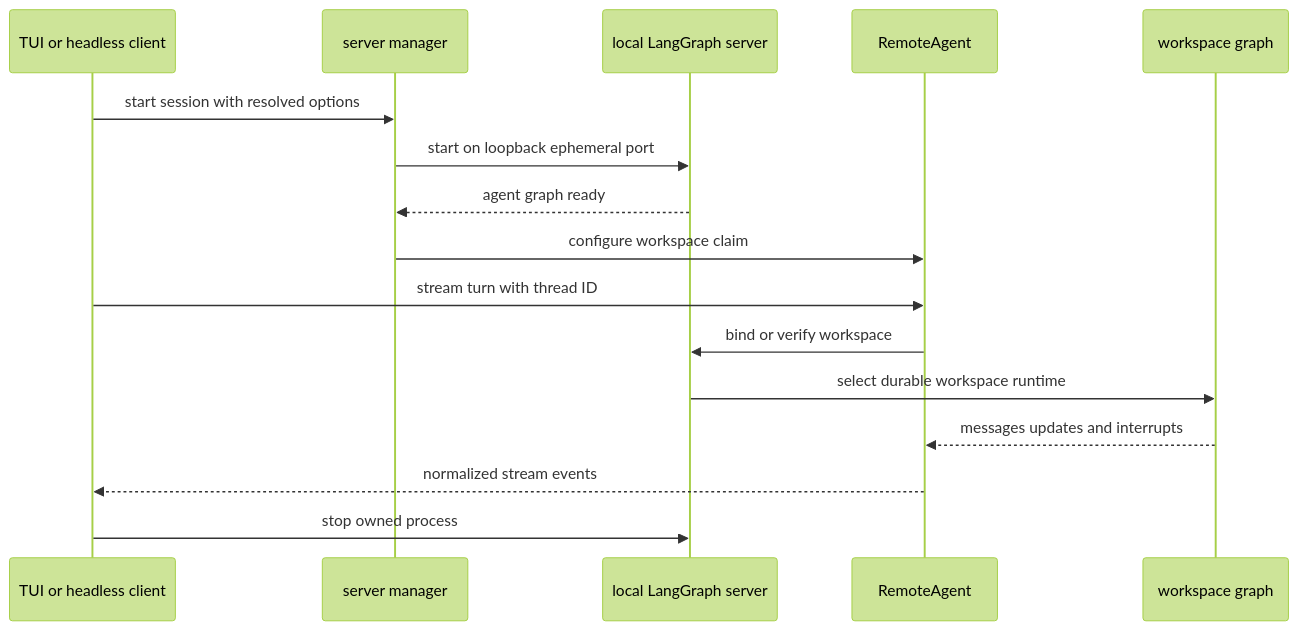
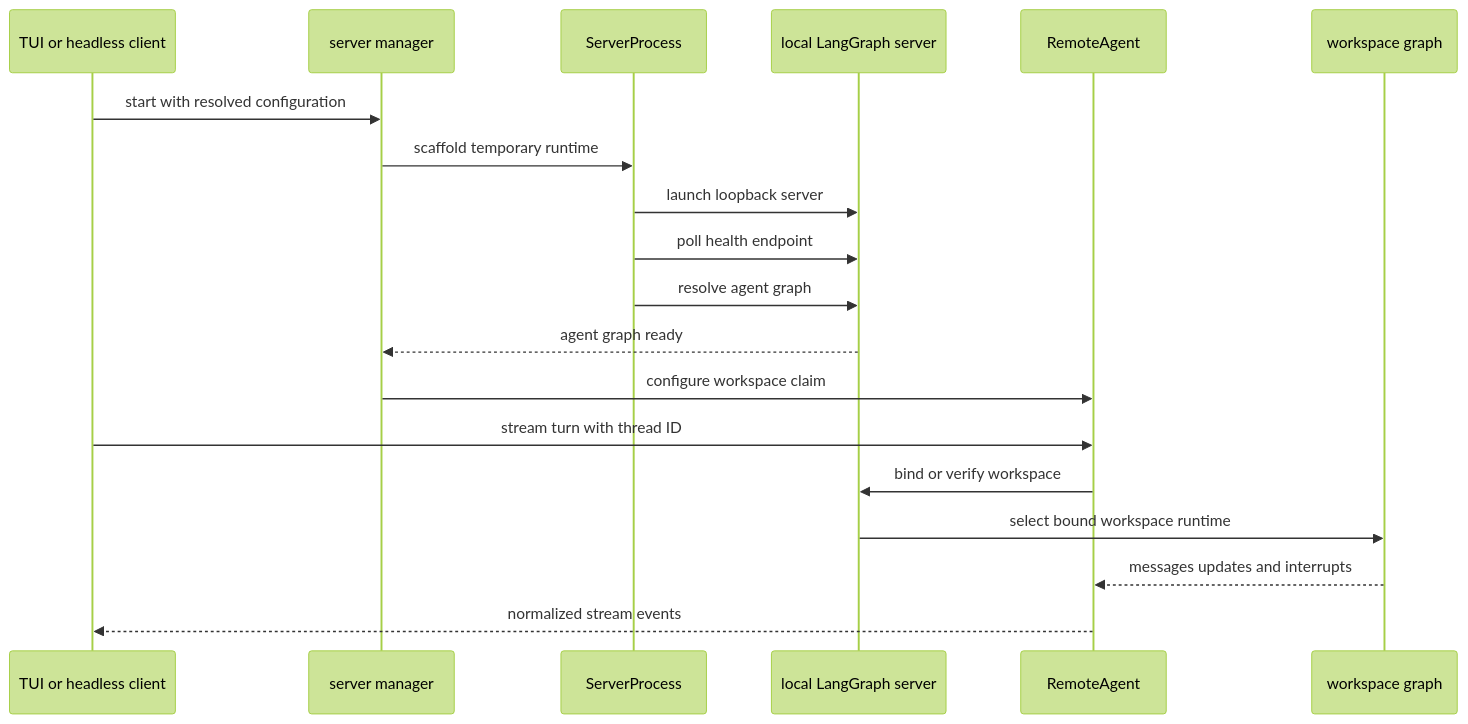
Before and after one commit to langchain-ai/deepagents: the second of 4 diagrams in openwiki/workflows/run-dcode-session.md, drawn with Mermaid (forest theme). The commit also changed other lines of this file and 53 other files, not shown here.

````diff
--- a/openwiki/workflows/run-dcode-session.md
+++ b/openwiki/workflows/run-dcode-session.md
@@ -104,18 +94,21 @@
 ```mermaid
 sequenceDiagram
     participant Client as TUI or headless client
     participant Manager as server manager
+    participant Process as ServerProcess
     participant Server as local LangGraph server
     participant Remote as RemoteAgent
     participant Graph as workspace graph
-    Client->>Manager: start session with resolved options
-    Manager->>Server: start on loopback ephemeral port
+    Client->>Manager: start with resolved configuration
+    Manager->>Process: scaffold temporary runtime
+    Process->>Server: launch loopback server
+    Process->>Server: poll health endpoint
+    Process->>Server: resolve agent graph
     Server-->>Manager: agent graph ready
     Manager->>Remote: configure workspace claim
     Client->>Remote: stream turn with thread ID
     Remote->>Server: bind or verify workspace
-    Server->>Graph: select durable workspace runtime
+    Server->>Graph: select bound workspace runtime
     Graph-->>Remote: messages updates and interrupts
     Remote-->>Client: normalized stream events
-    Client->>Server: stop owned process
 ```
````
